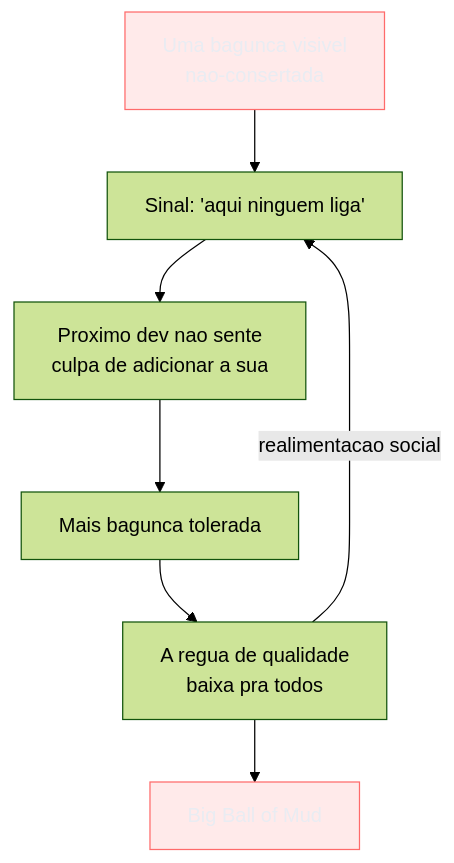
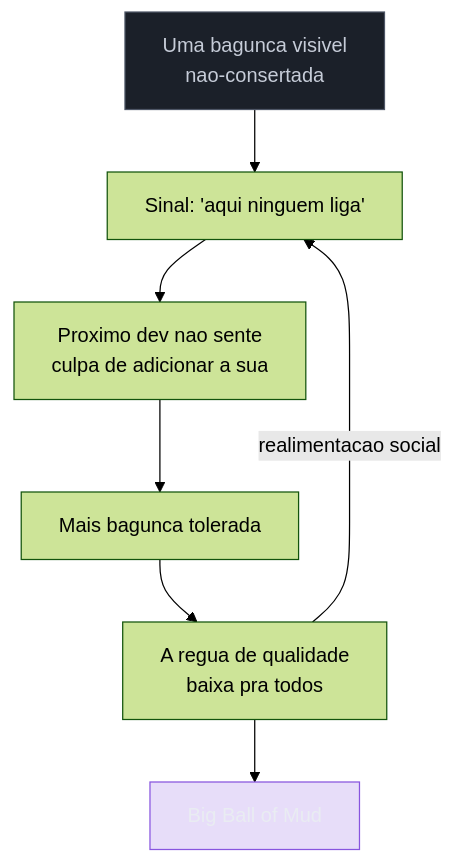
Before and after one commit to josenaldo/codex-technomanticus: the first of 4 diagrams in 03-Dominios/Engenharia/Complexidade de Software/13 - Entropia de software e decaimento.md, drawn with Mermaid (forest theme). The commit also changed other lines of this file and 601 other files, not shown here.

````diff
--- a/03-Dominios/Engenharia/Complexidade de Software/13 - Entropia de software e decaimento.md
+++ b/03-Dominios/Engenharia/Complexidade de Software/13 - Entropia de software e decaimento.md
@@ -80,13 +80,14 @@
 ```mermaid
 flowchart TD
-    classDef falha fill:#FF6B6B24,stroke:#FF6B6B,color:#E9ECF2
+    classDef marca fill:#8855DF33,stroke:#8855DF,color:#E9ECF2
+    classDef neutro fill:#1B2029,stroke:#4E5666,color:#C6CCD8
     A["Uma bagunca visivel<br/>nao-consertada"] --> B["Sinal: 'aqui ninguem liga'"]
     B --> C["Proximo dev nao sente<br/>culpa de adicionar a sua"]
     C --> D["Mais bagunca tolerada"]
     D --> E["A regua de qualidade<br/>baixa pra todos"]
     E -->|realimentacao social| B
     E --> F["Big Ball of Mud"]
 
-    class A falha
-    class F falha
+    class A neutro
+    class F marca
 ```
````
